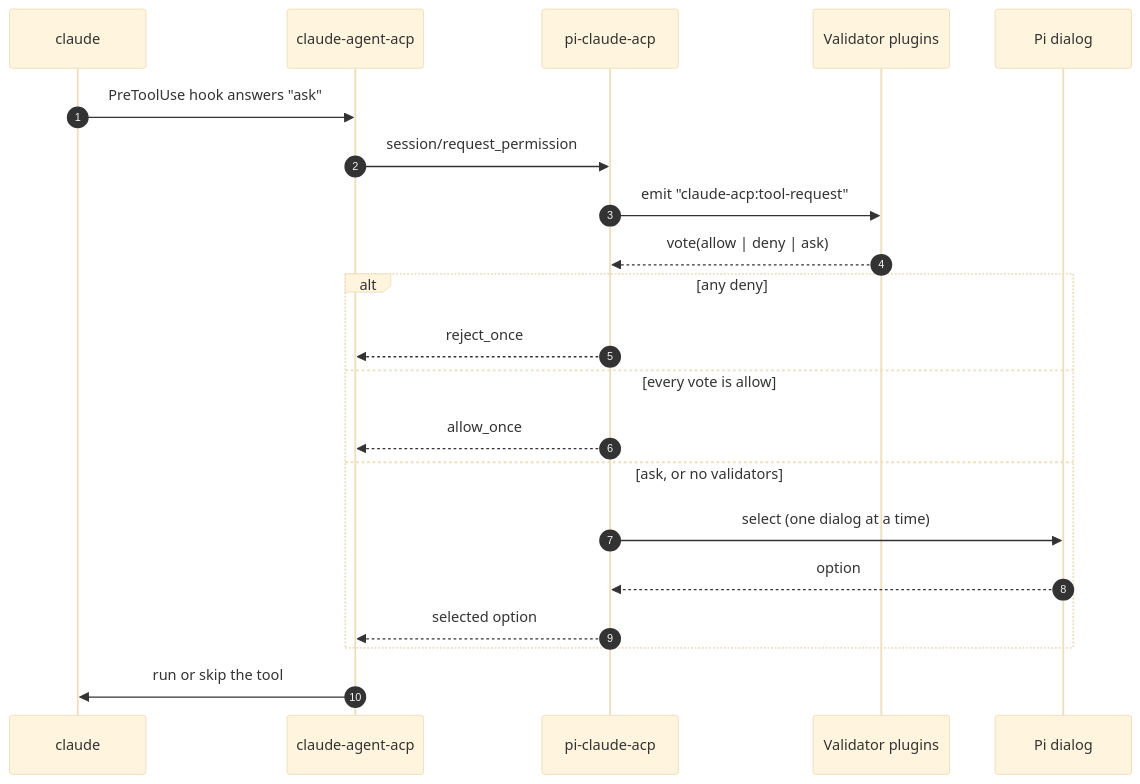
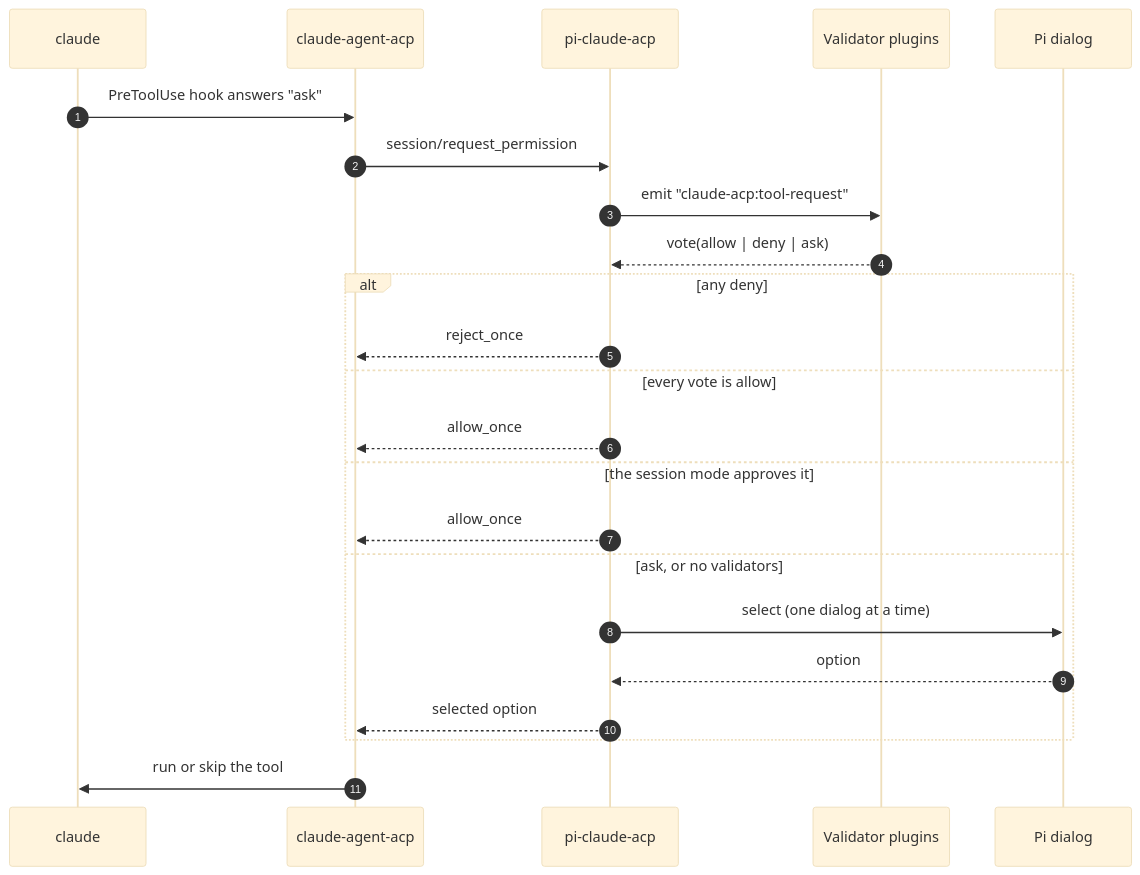
The third of 5 diagrams in README.md (josemartinrodriguezmortaloni/pi-claude-acp), drawn with Mermaid (base theme) before and after one commit. The commit also changed other lines of this file and 7 other files, not shown here.

````diff
--- a/README.md
+++ b/README.md
@@ -194,24 +210,26 @@
 ```mermaid
 sequenceDiagram
     autonumber
     participant CC as claude
     participant ACP as claude-agent-acp
     participant Ext as pi-claude-acp
     participant Val as Validator plugins
     participant UI as Pi dialog
 
     CC->>ACP: PreToolUse hook answers "ask"
     ACP->>Ext: session/request_permission
     Ext->>Val: emit "claude-acp:tool-request"
     Val-->>Ext: vote(allow | deny | ask)
     alt any deny
         Ext-->>ACP: reject_once
     else every vote is allow
         Ext-->>ACP: allow_once
+    else the session mode approves it
+        Ext-->>ACP: allow_once
     else ask, or no validators
         Ext->>UI: select (one dialog at a time)
         UI-->>Ext: option
         Ext-->>ACP: selected option
     end
     ACP->>CC: run or skip the tool
 ```
````
